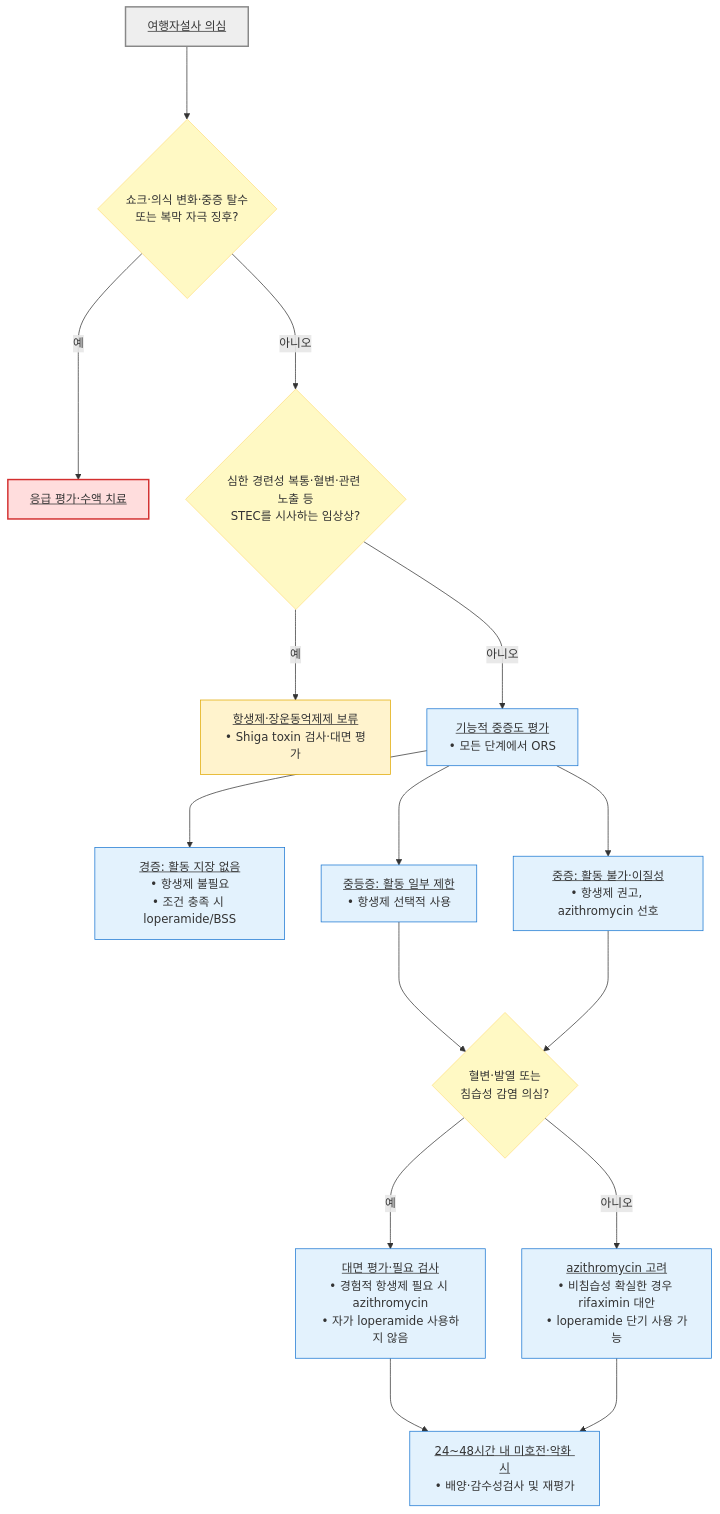
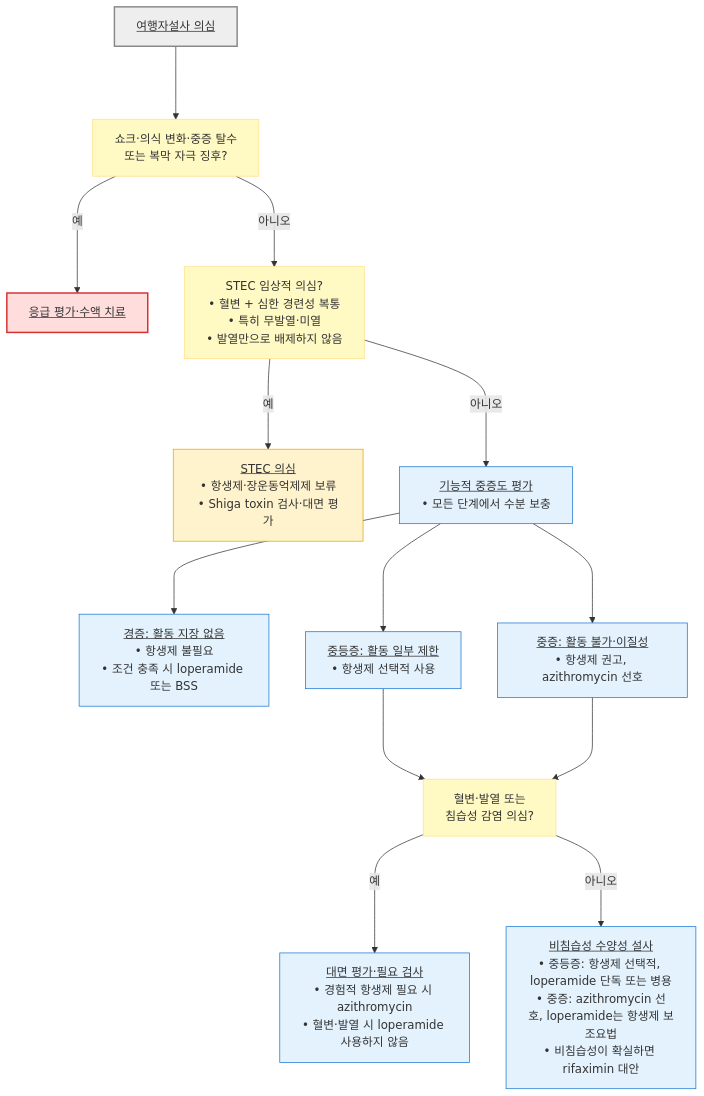
One commit to familyoh77/familyoh77 changed the diagram in 224_/086_-travelers-diarrhea.md. Above: the diagram before and after it, drawn with Mermaid. The commit also changed other lines of this file and 3 other files, not shown here.

````diff
--- a/224_/086_-travelers-diarrhea.md
+++ b/224_/086_-travelers-diarrhea.md
@@ -90,25 +88,23 @@
 ```mermaid
 flowchart TD
-    A["<u>여행자설사 의심</u>"] ---> R{"쇼크·의식 변화·중증 탈수<br/>또는 복막 자극 징후?"}
-    R --->|예| U["<u>응급 평가·수액 치료</u>"]
-    R --->|아니오| S{"심한 경련성 복통·혈변·관련 노출 등<br/>STEC를 시사하는 임상상?"}
-    S --->|예| T["<u>항생제·장운동억제제 보류</u><br/>• Shiga toxin 검사·대면 평가"]
-    S --->|아니오| B["<u>기능적 중증도 평가</u><br/>• 모든 단계에서 ORS"]
-    B ---> C["<u>경증: 활동 지장 없음</u><br/>• 항생제 불필요<br/>• 조건 충족 시 loperamide/BSS"]
+    A["<u>여행자설사 의심</u>"] ---> R["쇼크·의식 변화·중증 탈수<br/>또는 복막 자극 징후?"]
+    R --->|"예"| U["<u>응급 평가·수액 치료</u>"]
+    R --->|"아니오"| S["STEC 임상적 의심?<br/>• 혈변 + 심한 경련성 복통<br/>• 특히 무발열·미열<br/>• 발열만으로 배제하지 않음"]
+    S --->|"예"| T["<u>STEC 의심</u><br/>• 항생제·장운동억제제 보류<br/>• Shiga toxin 검사·대면 평가"]
+    S --->|"아니오"| B["<u>기능적 중증도 평가</u><br/>• 모든 단계에서 수분 보충"]
+    B ---> C["<u>경증: 활동 지장 없음</u><br/>• 항생제 불필요<br/>• 조건 충족 시 loperamide 또는 BSS"]
     B ---> D["<u>중등증: 활동 일부 제한</u><br/>• 항생제 선택적 사용"]
     B ---> E["<u>중증: 활동 불가·이질성</u><br/>• 항생제 권고, azithromycin 선호"]
-    D ---> F{"혈변·발열 또는<br/>침습성 감염 의심?"}
+    D ---> F["혈변·발열 또는<br/>침습성 감염 의심?"]
     E ---> F
-    F --->|예| G["<u>대면 평가·필요 검사</u><br/>• 경험적 항생제 필요 시 azithromycin<br/>• 자가 loperamide 사용하지 않음"]
-    F --->|아니오| H["<u>azithromycin 고려</u><br/>• 비침습성 확실한 경우 rifaximin 대안<br/>• loperamide 단기 사용 가능"]
-    G ---> I["<u>24~48시간 내 미호전·악화 시</u><br/>• 배양·감수성검사 및 재평가"]
-    H ---> I
+    F --->|"예"| G["<u>대면 평가·필요 검사</u><br/>• 경험적 항생제 필요 시 azithromycin<br/>• 혈변·발열 시 loperamide 사용하지 않음"]
+    F --->|"아니오"| H["<u>비침습성 수양성 설사</u><br/>• 중등증: 항생제 선택적, loperamide 단독 또는 병용<br/>• 중증: azithromycin 선호, loperamide는 항생제 보조요법<br/>• 비침습성이 확실하면 rifaximin 대안"]
 
     classDef question fill:#fff9c4,stroke:#ffe082
     class R,S,F question
     classDef treatment fill:#e3f2fd,stroke:#1976d2
-    class B,C,D,E,G,H,I treatment
+    class B,C,D,E,G,H treatment
     style A fill:#eeeeee,stroke:#888888,stroke-width:2px
     style U fill:#ffdddd,stroke:#d32f2f,stroke-width:2px
     style T fill:#fff3cd,stroke:#e0a800
 ```
````
